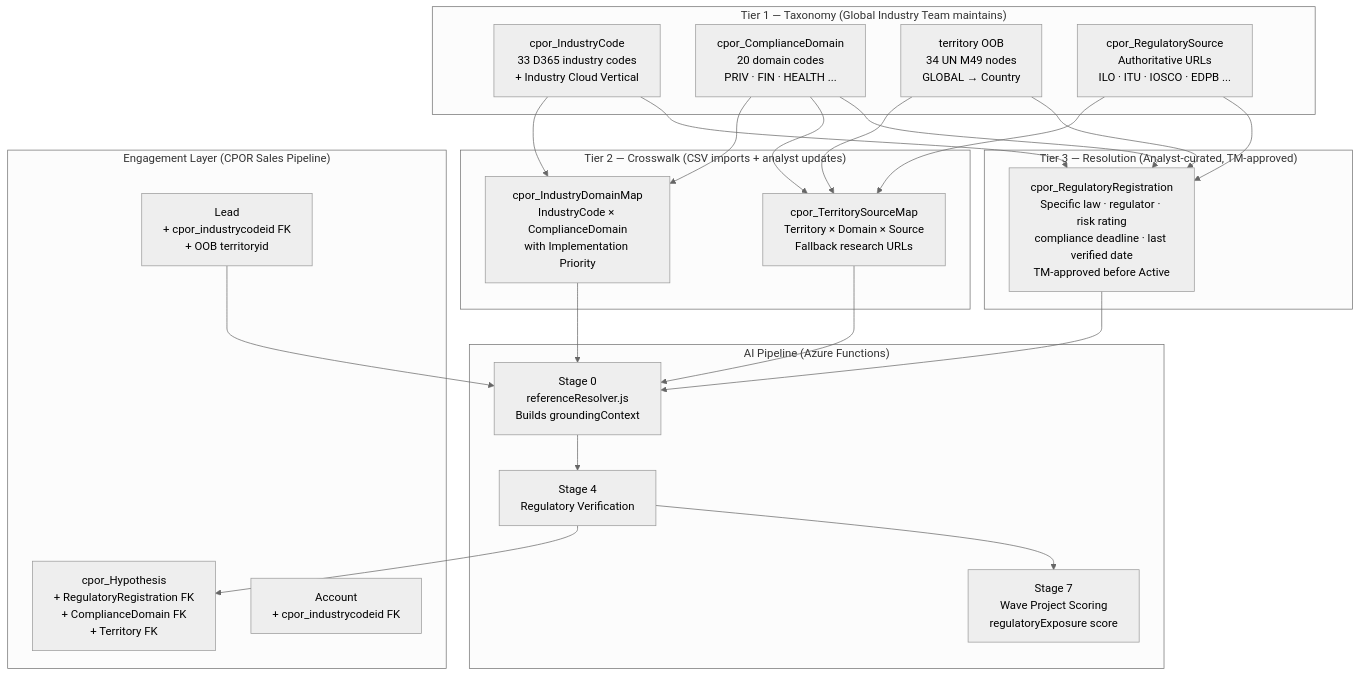
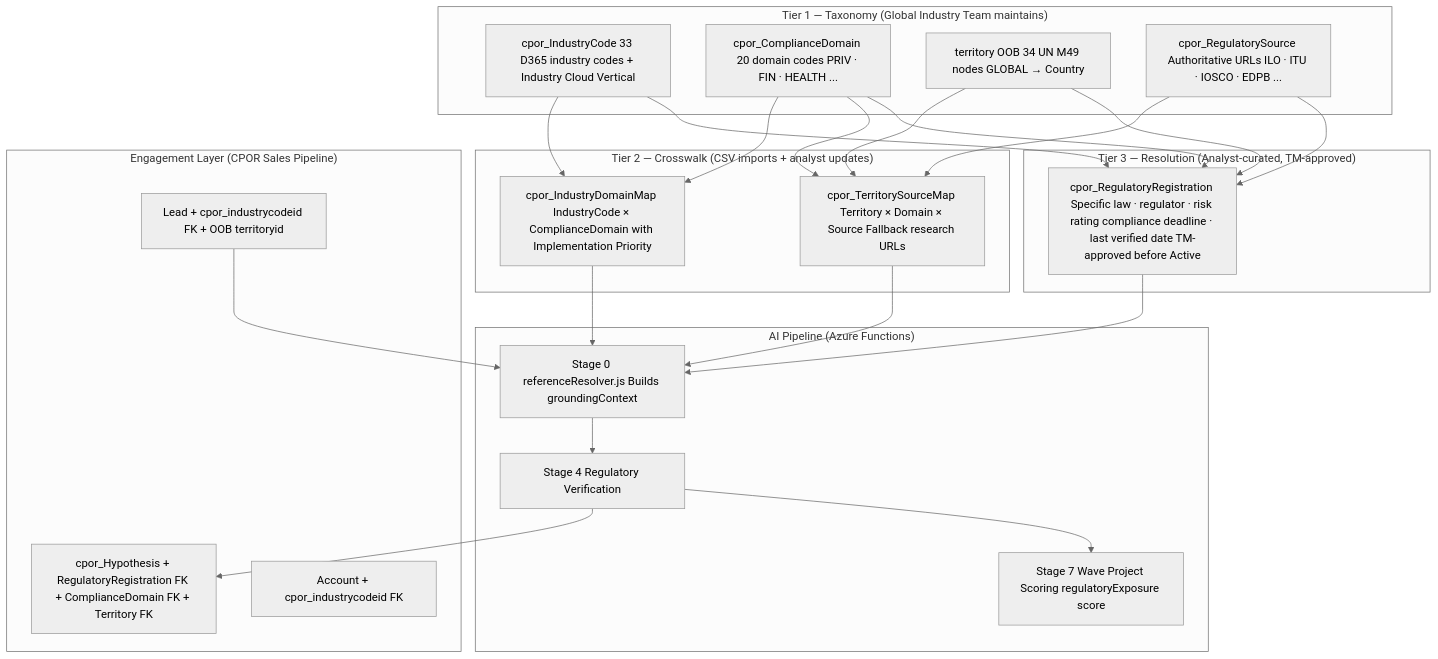
One commit to enewbold-devops/CPOR-Industry-Engagement changed the second of 23 diagrams in README.md. Above: the diagram before and after it, drawn with Mermaid (neutral theme). The commit also changed other lines of this file, not shown here.

````diff
--- a/README.md
+++ b/README.md
@@ -128,50 +128,50 @@
 ```mermaid
 graph TB
     subgraph TIER1["Tier 1 — Taxonomy (Global Industry Team maintains)"]
-        IC[cpor_IndustryCode\n33 D365 industry codes\n+ Industry Cloud Vertical]
-        CD[cpor_ComplianceDomain\n20 domain codes\nPRIV · FIN · HEALTH ...]
-        TER[territory OOB\n34 UN M49 nodes\nGLOBAL → Country]
-        RS[cpor_RegulatorySource\nAuthoritative URLs\nILO · ITU · IOSCO · EDPB ...]
+        IC[cpor_IndustryCode 33 D365 industry codes + Industry Cloud Vertical]
+        CD[cpor_ComplianceDomain 20 domain codes PRIV · FIN · HEALTH ...]
+        TER[territory OOB 34 UN M49 nodes GLOBAL → Country]
+        RS[cpor_RegulatorySource Authoritative URLs ILO · ITU · IOSCO · EDPB ...]
     end
 
     subgraph TIER2["Tier 2 — Crosswalk (CSV imports + analyst updates)"]
-        IDM[cpor_IndustryDomainMap\nIndustryCode × ComplianceDomain\nwith Implementation Priority]
-        TSM[cpor_TerritorySourceMap\nTerritory × Domain × Source\nFallback research URLs]
+        IDM[cpor_IndustryDomainMap IndustryCode × ComplianceDomain with Implementation Priority]
+        TSM[cpor_TerritorySourceMap Territory × Domain × Source Fallback research URLs]
     end
 
     subgraph TIER3["Tier 3 — Resolution (Analyst-curated, TM-approved)"]
-        RR[cpor_RegulatoryRegistration\nSpecific law · regulator · risk rating\ncompliance deadline · last verified date\nTM-approved before Active]
+        RR[cpor_RegulatoryRegistration Specific law · regulator · risk rating compliance deadline · last verified date TM-approved before Active]
     end
 
     subgraph ENGAGEMENT["Engagement Layer (CPOR Sales Pipeline)"]
-        HYP[cpor_Hypothesis\n+ RegulatoryRegistration FK\n+ ComplianceDomain FK\n+ Territory FK]
-        LEAD[Lead\n+ cpor_industrycodeid FK\n+ OOB territoryid]
-        ACC[Account\n+ cpor_industrycodeid FK]
+        HYP[cpor_Hypothesis + RegulatoryRegistration FK + ComplianceDomain FK + Territory FK]
+        LEAD[Lead + cpor_industrycodeid FK + OOB territoryid]
+        ACC[Account + cpor_industrycodeid FK]
     end
 
     subgraph PIPELINE["AI Pipeline (Azure Functions)"]
-        S0[Stage 0\nreferenceResolver.js\nBuilds groundingContext]
-        S4[Stage 4\nRegulatory Verification]
-        S7[Stage 7\nWave Project Scoring\nregulatoryExposure score]
+        S0[Stage 0 referenceResolver.js Builds groundingContext]
+        S4[Stage 4 Regulatory Verification]
+        S7[Stage 7 Wave Project Scoring regulatoryExposure score]
     end
 
     IC --> IDM
     CD --> IDM
     TER --> TSM
     CD --> TSM
     RS --> TSM
 
     IC --> RR
     TER --> RR
     CD --> RR
     RS --> RR
 
     RR --> S0
     IDM --> S0
     TSM --> S0
     LEAD --> S0
 
     S0 --> S4
     S4 --> HYP
     S4 --> S7
 ```
````
